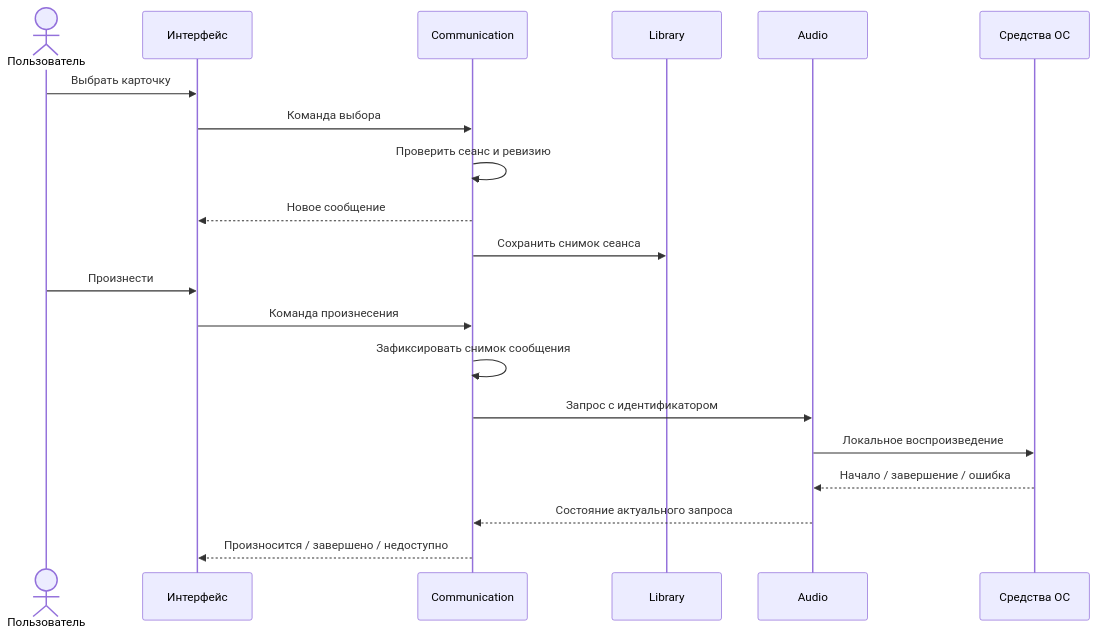
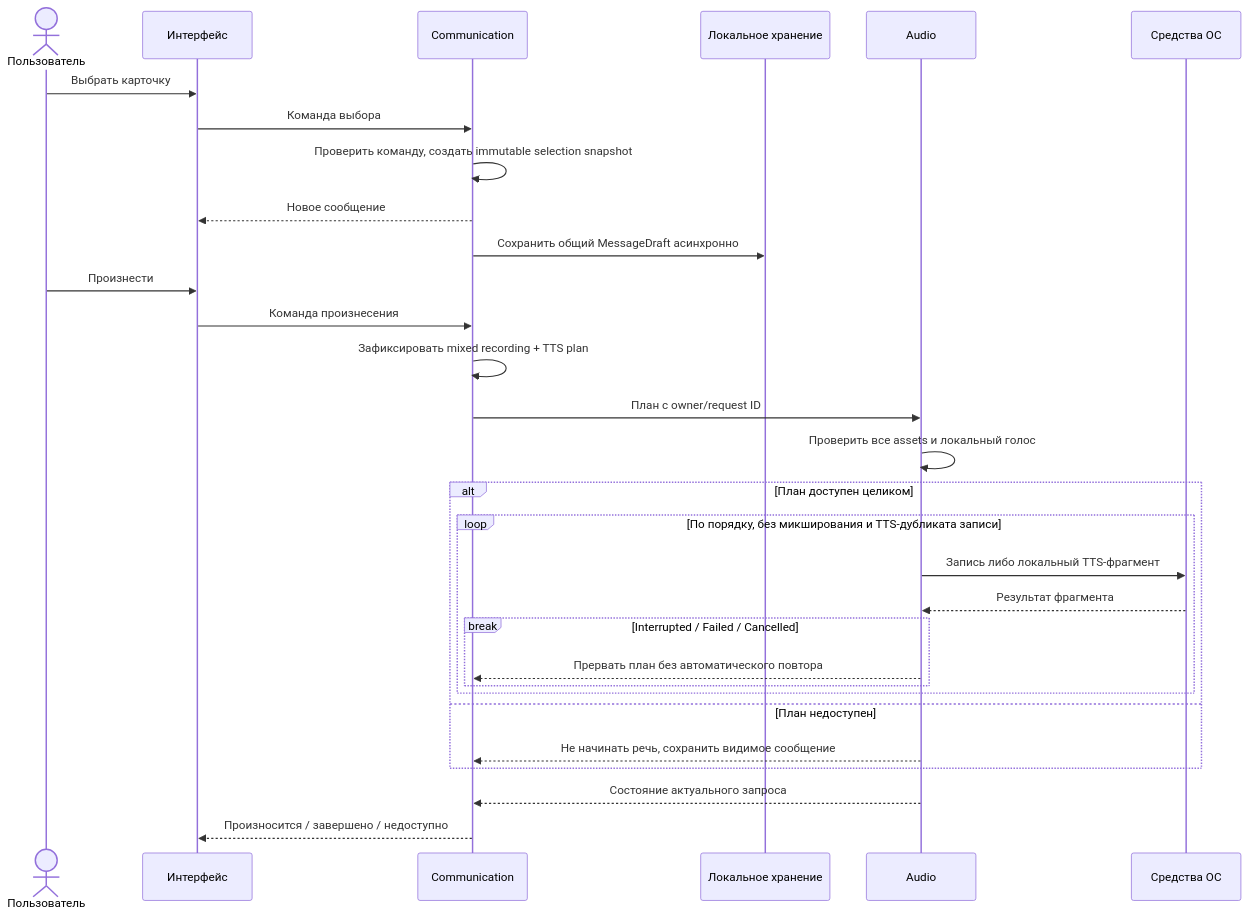
One commit to linkasu/linka.pictures-android changed the fourth of 5 diagrams in docs/c4/04-c4.md. Above: the diagram before and after it, drawn with Mermaid. The commit also changed other lines of this file and 53 other files, not shown here.

Commit message:
feat: freeze P02 core contracts and Unicode16 grapheme behavior

````diff
--- a/docs/c4/04-c4.md
+++ b/docs/c4/04-c4.md
@@ -167,24 +173,34 @@
 ```mermaid
 sequenceDiagram
     actor User as Пользователь
     participant UI as Интерфейс
     participant C as Communication
-    participant L as Library
+    participant ST as Локальное хранение
     participant A as Audio
     participant OS as Средства ОС
 
     User->>UI: Выбрать карточку
     UI->>C: Команда выбора
-    C->>C: Проверить сеанс и ревизию
+    C->>C: Проверить команду, создать immutable selection snapshot
     C-->>UI: Новое сообщение
-    C->>L: Сохранить снимок сеанса
+    C->>ST: Сохранить общий MessageDraft асинхронно
 
     User->>UI: Произнести
     UI->>C: Команда произнесения
-    C->>C: Зафиксировать снимок сообщения
-    C->>A: Запрос с идентификатором
-    A->>OS: Локальное воспроизведение
-    OS-->>A: Начало / завершение / ошибка
+    C->>C: Зафиксировать mixed recording + TTS plan
+    C->>A: План с owner/request ID
+    A->>A: Проверить все assets и локальный голос
+    alt План доступен целиком
+        loop По порядку, без микширования и TTS-дубликата записи
+            A->>OS: Запись либо локальный TTS-фрагмент
+            OS-->>A: Результат фрагмента
+            break Interrupted / Failed / Cancelled
+                A-->>C: Прервать план без автоматического повтора
+            end
+        end
+    else План недоступен
+        A-->>C: Не начинать речь, сохранить видимое сообщение
+    end
     A-->>C: Состояние актуального запроса
     C-->>UI: Произносится / завершено / недоступно
 ```
````
